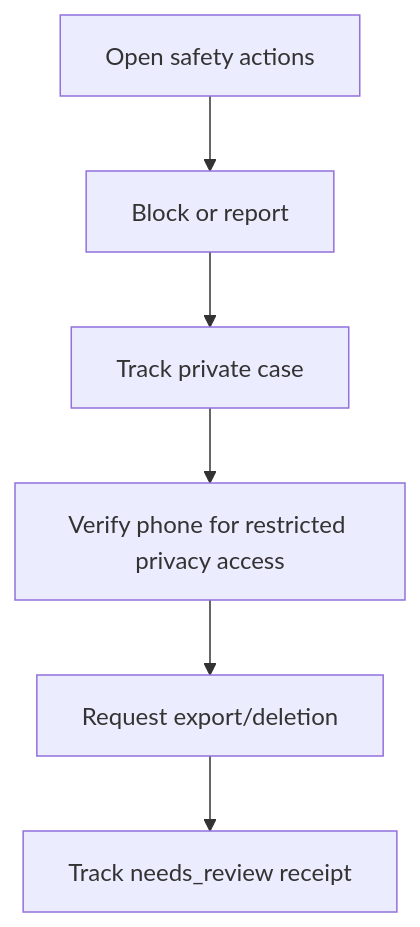
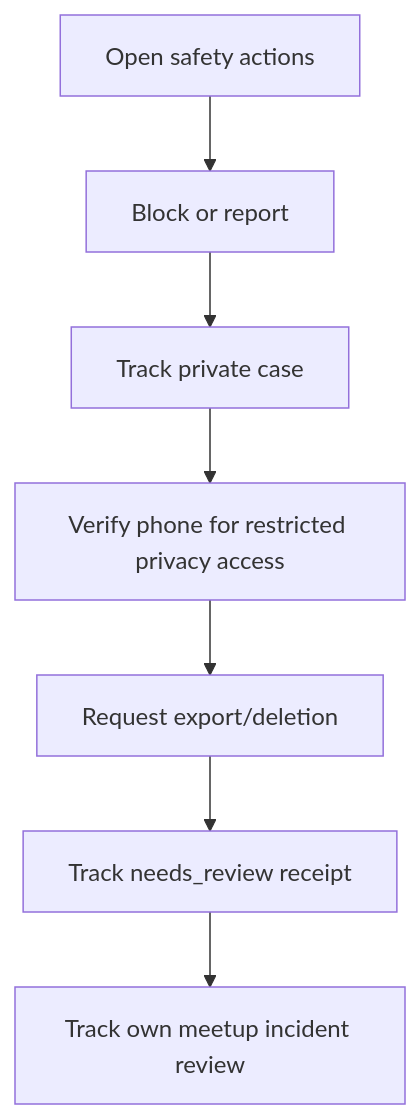
The diagram in docs/handovers/M11.md (thams-geth/dogdating-api), drawn with Mermaid before and after one commit. The commit also changed other lines of this file and 12 other files, not shown here.

Commit message:
feat(safety): expose private meetup incident status to reporters

````diff
--- a/docs/handovers/M11.md
+++ b/docs/handovers/M11.md
@@ -15,14 +15,16 @@
 ```mermaid
 flowchart TD
   S0["Open safety actions"]
   S1["Block or report"]
   S2["Track private case"]
   S3["Verify phone for restricted privacy access"]
   S4["Request export/deletion"]
   S5["Track needs_review receipt"]
+  S6["Track own meetup incident review"]
   S0 --> S1
   S1 --> S2
   S2 --> S3
   S3 --> S4
   S4 --> S5
+  S5 --> S6
 ```
````
